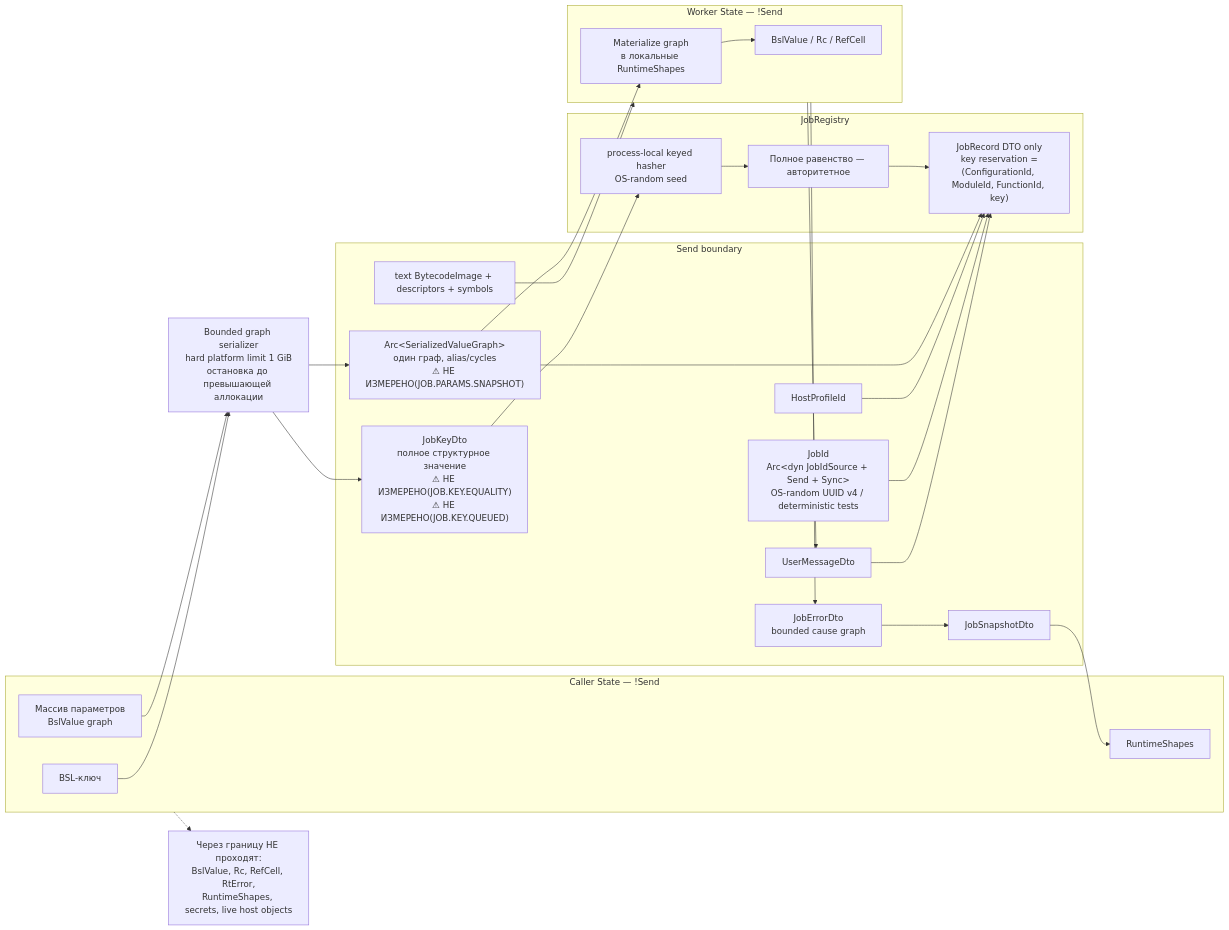
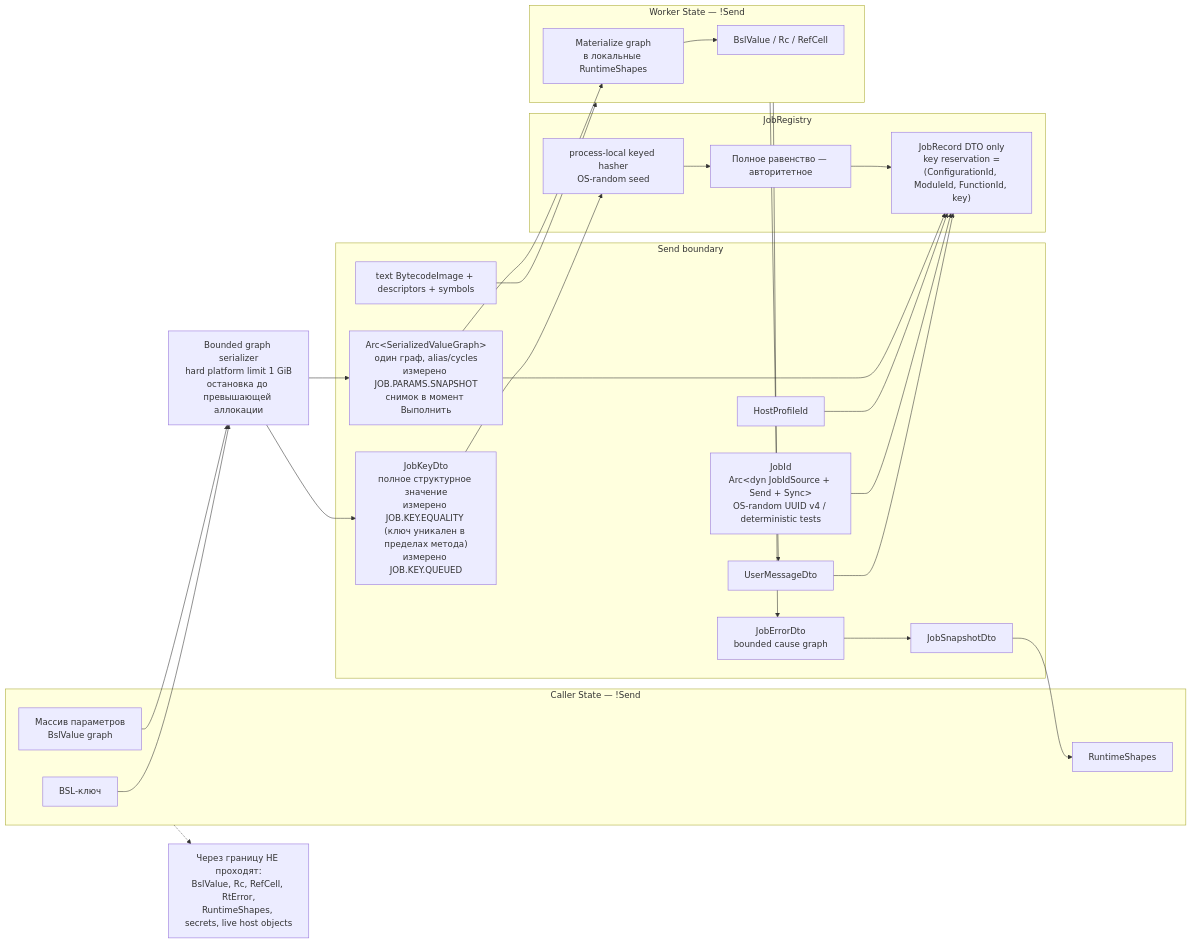
Diagram 18 of 21 in docs/component-architecture.md (dobpilot/open-bsl), drawn with Mermaid before and after one commit. The commit also changed other lines of this file and 6 other files, not shown here.

````diff
--- a/docs/component-architecture.md
+++ b/docs/component-architecture.md
@@ -760,46 +827,46 @@
 ```mermaid
 flowchart LR
     subgraph caller["Caller State — !Send"]
         params["Массив параметров<br/>BslValue graph"]
         key["BSL-ключ"]
         shapes["RuntimeShapes"]
     end
 
     serializer["Bounded graph serializer<br/>hard platform limit 1 GiB<br/>остановка до превышающей аллокации"]
 
     subgraph boundary["Send boundary"]
-        graph_dto["Arc&lt;SerializedValueGraph&gt;<br/>один граф, alias/cycles<br/>⚠ НЕ ИЗМЕРЕНО(JOB.PARAMS.SNAPSHOT)"]
-        keydto["JobKeyDto<br/>полное структурное значение<br/>⚠ НЕ ИЗМЕРЕНО(JOB.KEY.EQUALITY)<br/>⚠ НЕ ИЗМЕРЕНО(JOB.KEY.QUEUED)"]
+        graph_dto["Arc&lt;SerializedValueGraph&gt;<br/>один граф, alias/cycles<br/>измерено JOB.PARAMS.SNAPSHOT<br/>снимок в момент Выполнить"]
+        keydto["JobKeyDto<br/>полное структурное значение<br/>измерено JOB.KEY.EQUALITY (ключ уникален в пределах метода)<br/>измерено JOB.KEY.QUEUED"]
         profile["HostProfileId"]
         recipe["text BytecodeImage + descriptors + symbols"]
         errordto["JobErrorDto<br/>bounded cause graph"]
         msgdto["UserMessageDto"]
         snapshot["JobSnapshotDto"]
         jobid["JobId<br/>Arc&lt;dyn JobIdSource + Send + Sync&gt;<br/>OS-random UUID v4 / deterministic tests"]
     end
 
     subgraph registry["JobRegistry"]
         hasher["process-local keyed hasher<br/>OS-random seed"]
         equality["Полное равенство — авторитетное"]
         record["JobRecord DTO only<br/>key reservation =<br/>(ConfigurationId, ModuleId, FunctionId, key)"]
     end
 
     subgraph worker["Worker State — !Send"]
         materialize["Materialize graph<br/>в локальные RuntimeShapes"]
         local["BslValue / Rc / RefCell"]
     end
 
     params --> serializer --> graph_dto
     key --> serializer --> keydto
     graph_dto --> record
     keydto --> hasher --> equality --> record
     profile --> record
     jobid --> record
     recipe --> worker
     graph_dto --> materialize --> local
     worker --> errordto --> snapshot --> shapes
     worker --> msgdto --> record
 
     forbidden["Через границу НЕ проходят:<br/>BslValue, Rc, RefCell, RtError,<br/>RuntimeShapes, secrets, live host objects"]
     caller -.-> forbidden
 ```
````
